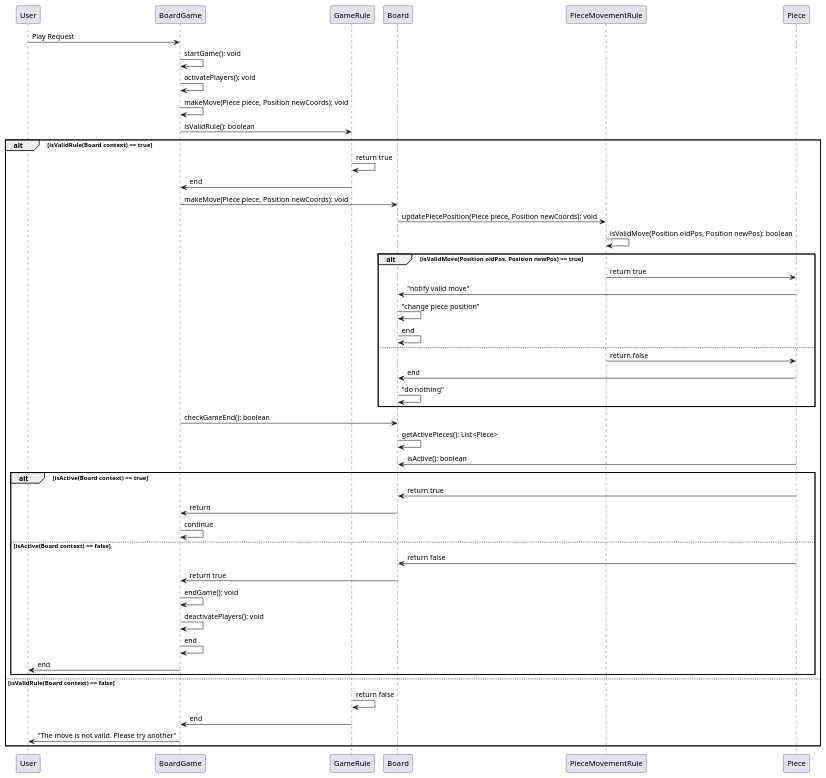
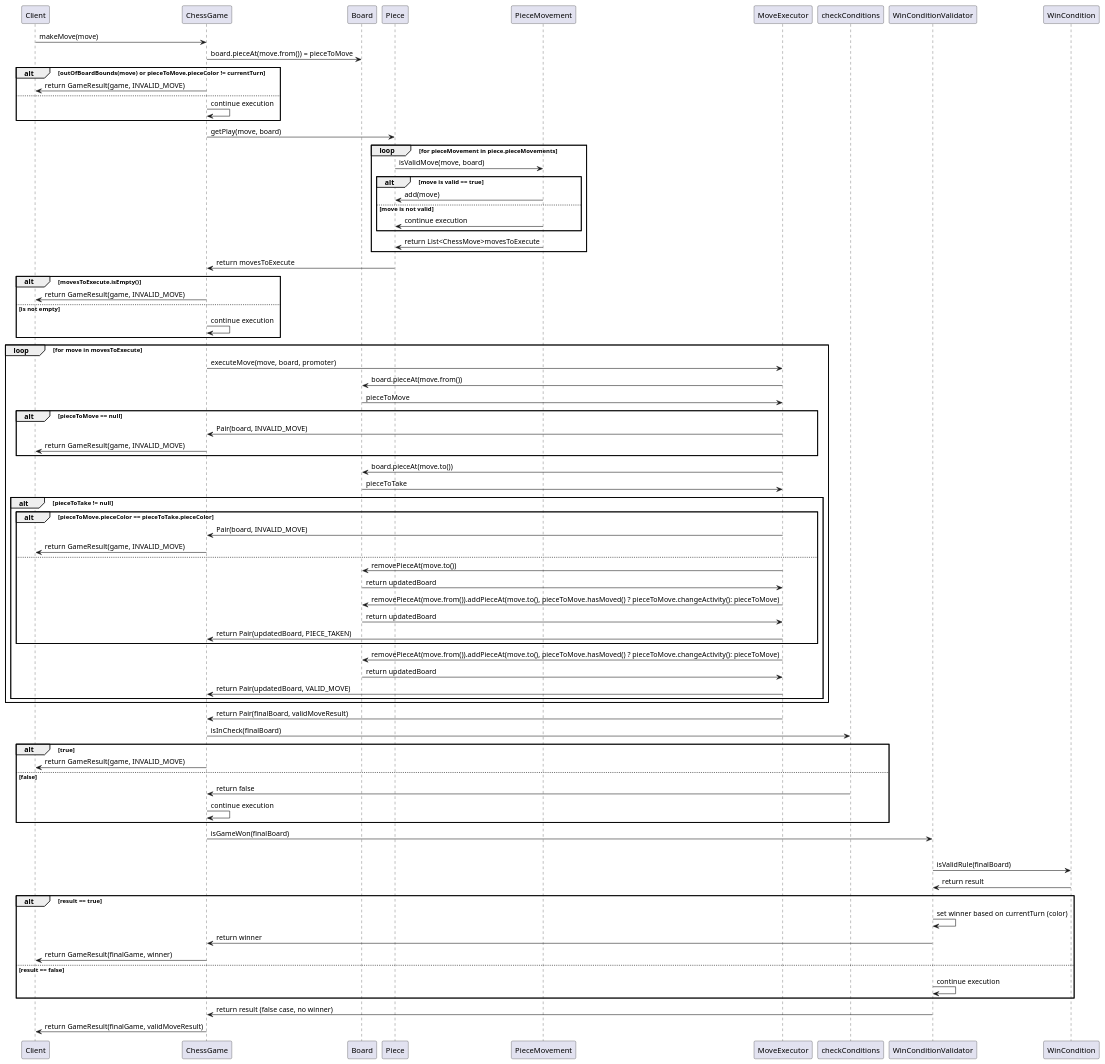
The diagram in engine/src/main/java/edu/austral/dissis/chess/diagrams/ChessSequence.puml (FranCalveyra/chess), drawn with PlantUML before and after one commit. The commit also changed 1 other file, not shown here.

Commit message:
Done sequence diagram and finished class diagram correctly

```diff
--- a/engine/src/main/java/edu/austral/dissis/chess/diagrams/ChessSequence.puml
+++ b/engine/src/main/java/edu/austral/dissis/chess/diagrams/ChessSequence.puml
@@ -1,54 +1,86 @@
 @startuml
-' Game
+' ChessGame
 ' Board
-' GameRule
-' PieceMovementRule
-' Player
+' WinCondition
+' PieceMovement
+' WinConditionValidator
+' Check
+' PiecePathValidator
 ' Piece
-' Position
-User -> BoardGame: Play Request
-BoardGame -> BoardGame: startGame(): void
-BoardGame->BoardGame: activatePlayers(): void
-BoardGame -> BoardGame: makeMove(Piece piece, Position newCoords): void
-' Should check throughout all the rules, asserts context
-BoardGame->GameRule: isValidRule(): boolean
-alt isValidRule(Board context) == true
-    GameRule->GameRule: return true
-    GameRule->BoardGame: end
-    BoardGame -> Board: makeMove(Piece piece, Position newCoords): void
-    Board -> PieceMovementRule: updatePiecePosition(Piece piece, Position newCoords): void
-    PieceMovementRule->PieceMovementRule: isValidMove(Position oldPos, Position newPos): boolean
-    alt isValidMove(Position oldPos, Position newPos) == true
-        PieceMovementRule -> Piece: return true
-        Piece->Board: "notify valid move"
-        Board->Board: "change piece position"
-        Board->Board: end
-    else
-        PieceMovementRule->Piece: return false
-        Piece->Board: end
-        Board->Board: "do nothing"
+' ChessPosition
+' Move = (ChessPosition from, ChessPosition to)
+Client -> ChessGame: makeMove(move)
+' Not valid move is caused by piece rules, out of board bounds move, piece to move == null, etc
+ChessGame -> Board: board.pieceAt(move.from()) = pieceToMove
+alt outOfBoardBounds(move) or pieceToMove.pieceColor != currentTurn
+    ChessGame -> Client: return GameResult(game, INVALID_MOVE)
+else
+    ChessGame -> ChessGame: continue execution
+end
+ChessGame -> Piece: getPlay(move, board)
+loop for pieceMovement in piece.pieceMovements
+    Piece -> PieceMovement: isValidMove(move, board)
+    alt move is valid == true
+        PieceMovement -> Piece: add(move)
+    else move is not valid
+        PieceMovement -> Piece: continue execution
     end
+    PieceMovement -> Piece: return List<ChessMove>movesToExecute
+end
+Piece -> ChessGame: return movesToExecute
+alt movesToExecute.isEmpty()
+    ChessGame -> Client: return GameResult(game, INVALID_MOVE)
+    else is not empty
+    ChessGame-> ChessGame: continue execution
+end
 
-    BoardGame->Board: checkGameEnd(): boolean
-    Board->Board: getActivePieces(): List<Piece>
-    Piece->Board: isActive(): boolean
-    ' Should check win condition piece/s
-    alt isActive(Board context) == true
-        Piece->Board: return true
-        Board->BoardGame: return
-        BoardGame->BoardGame: continue
-    else isActive(Board context) == false
-        Piece->Board: return false
-        Board->BoardGame: return true
-        BoardGame->BoardGame: endGame(): void
-        BoardGame->BoardGame: deactivatePlayers(): void
-        BoardGame->BoardGame: end
-        BoardGame->User: end
+loop for move in movesToExecute
+    ChessGame -> MoveExecutor: executeMove(move, board, promoter)
+    MoveExecutor -> Board: board.pieceAt(move.from())
+    Board -> MoveExecutor: pieceToMove
+    alt pieceToMove == null
+        MoveExecutor->ChessGame: Pair(board, INVALID_MOVE)
+        ChessGame-> Client: return GameResult(game, INVALID_MOVE)
     end
-else isValidRule(Board context) == false
-    GameRule->GameRule: return false
-    GameRule->BoardGame: end
-    BoardGame->User: "The move is not valid. Please try another"
-    'This should make the execution cyclic
+    MoveExecutor -> Board: board.pieceAt(move.to())
+    Board -> MoveExecutor: pieceToTake
+    alt pieceToTake != null
+        alt pieceToMove.pieceColor == pieceToTake.pieceColor
+            MoveExecutor->ChessGame: Pair(board, INVALID_MOVE)
+            ChessGame-> Client: return GameResult(game, INVALID_MOVE)
+        else
+            MoveExecutor -> Board: removePieceAt(move.to())
+            Board -> MoveExecutor: return updatedBoard
+            MoveExecutor -> Board: removePieceAt(move.from()).addPieceAt(move.to(), pieceToMove.hasMoved() ? pieceToMove.changeActivity(): pieceToMove)
+            Board -> MoveExecutor: return updatedBoard
+            MoveExecutor -> ChessGame: return Pair(updatedBoard, PIECE_TAKEN)
+        end
+    MoveExecutor -> Board: removePieceAt(move.from()).addPieceAt(move.to(), pieceToMove.hasMoved() ? pieceToMove.changeActivity(): pieceToMove)
+    Board->MoveExecutor: return updatedBoard
+    MoveExecutor -> ChessGame: return Pair(updatedBoard, VALID_MOVE)
 end
+end
+MoveExecutor -> ChessGame: return Pair(finalBoard, validMoveResult)
+ChessGame -> checkConditions: isInCheck(finalBoard)
+alt true
+ChessGame -> Client: return GameResult(game, INVALID_MOVE)
+else false
+checkConditions -> ChessGame: return false
+ChessGame -> ChessGame: continue execution
+end
+ChessGame -> WinConditionValidator: isGameWon(finalBoard)
+loop for winCondition in WinConditionValidator
+WinConditionValidator -> WinCondition: isValidRule(finalBoard)
+WinCondition -> WinConditionValidator: return result
+
+alt result == true
+    WinConditionValidator -> WinConditionValidator: set winner based on currentTurn (color)
+    WinConditionValidator -> ChessGame: return winner
+    ChessGame -> Client: return GameResult(finalGame, winner)
+else result == false
+    WinConditionValidator-> WinConditionValidator: continue execution
+end
+WinConditionValidator -> ChessGame: return result (false case, no winner)
+ChessGame -> Client: return GameResult(finalGame, validMoveResult)
+
 @enduml
```
